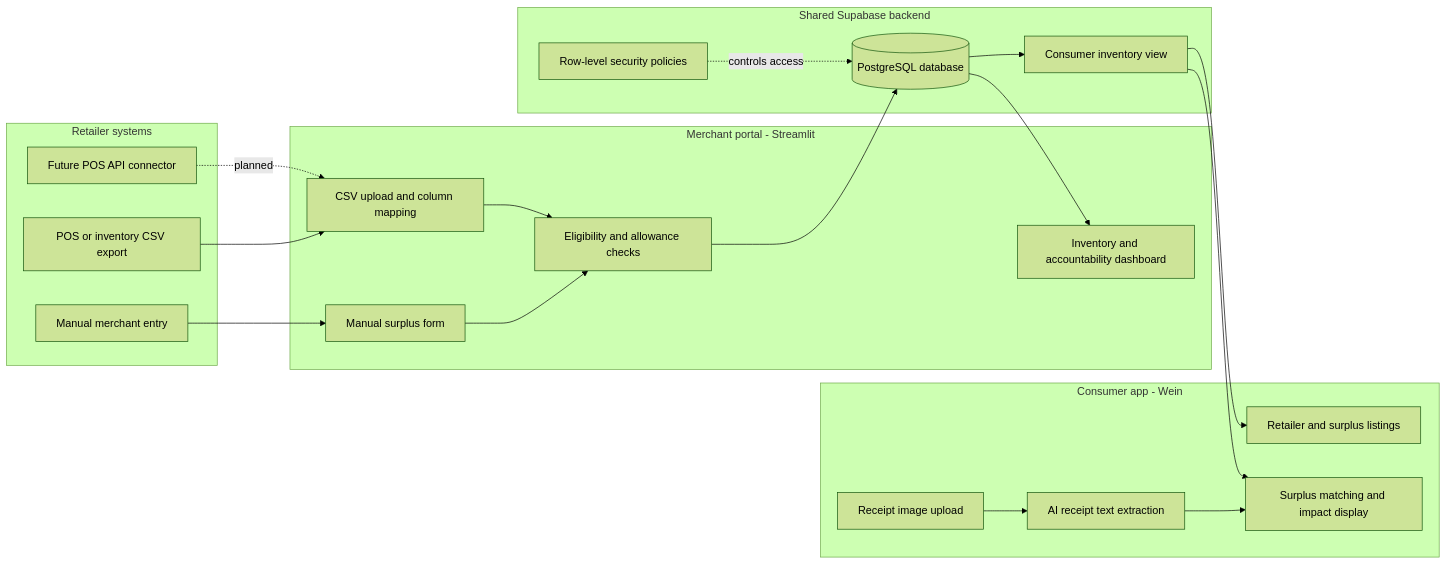
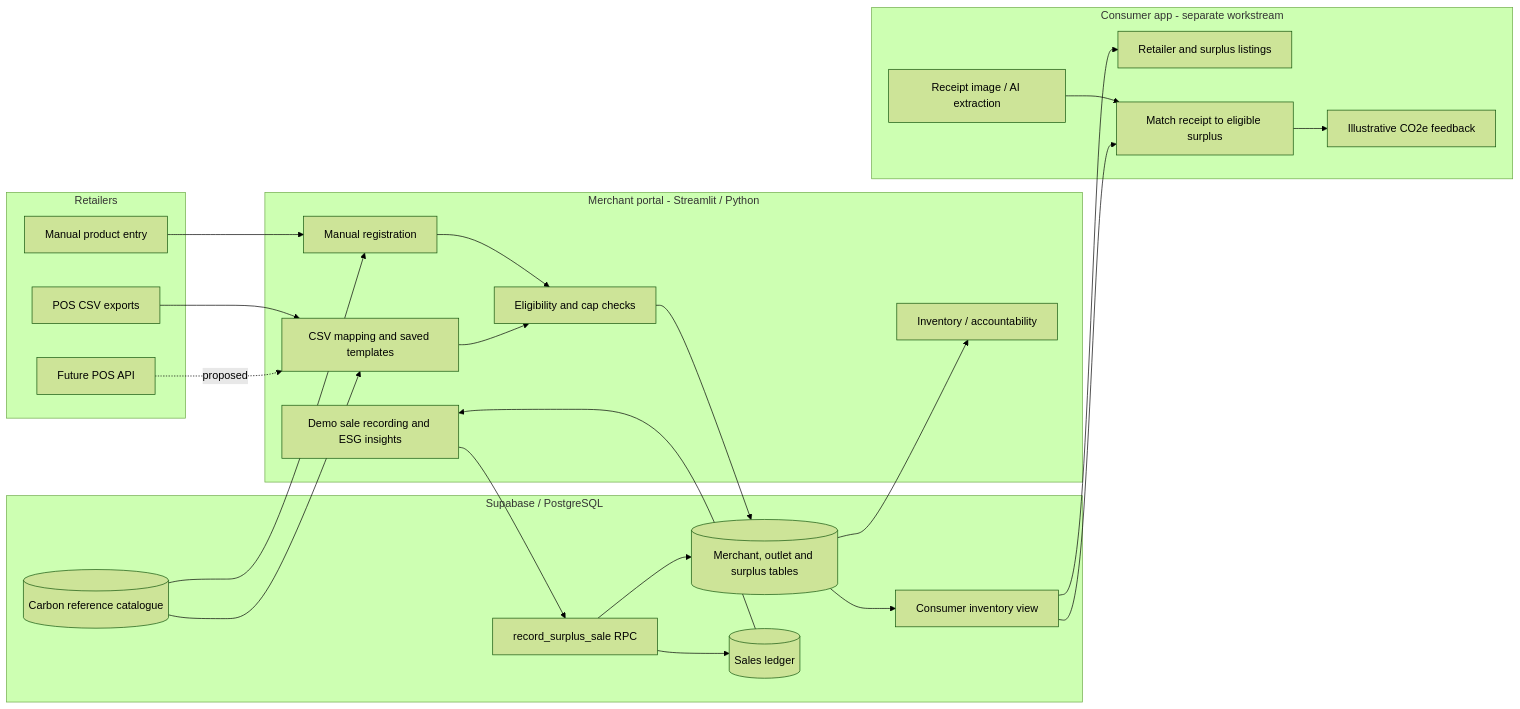
The first of 7 diagrams in PROJECT_DOCUMENTATION.md (JonelleTWQ/circular-quest-merchant), drawn with Mermaid (forest theme) before and after one commit. The commit also changed other lines of this file, not shown here.

````diff
--- a/PROJECT_DOCUMENTATION.md
+++ b/PROJECT_DOCUMENTATION.md
@@ -35,37 +26,41 @@
 ```mermaid
 flowchart LR
-    subgraph MerchantSources[Retailer systems]
-        A[Manual merchant entry]
-        B[POS or inventory CSV export]
-        C[Future POS API connector]
-    end
-    subgraph MerchantApp[Merchant portal - Streamlit]
-        D[Manual surplus form]
-        E[CSV upload and column mapping]
-        F[Eligibility and allowance checks]
-        G[Inventory and accountability dashboard]
-    end
-    subgraph Backend[Shared Supabase backend]
-        H[(PostgreSQL database)]
-        I[Consumer inventory view]
-        J[Row-level security policies]
-    end
-    subgraph ConsumerApp[Consumer app - Wein]
-        K[Retailer and surplus listings]
-        L[Receipt image upload]
-        M[AI receipt text extraction]
-        N[Surplus matching and impact display]
-    end
-    A --> D
-    B --> E
-    C -. planned .-> E
-    D --> F
-    E --> F
-    F --> H
-    H --> G
-    H --> I
-    J -. controls access .-> H
-    I --> K
-    L --> M --> N
-    I --> N
+  subgraph R[Retailers]
+    R1[Manual product entry]
+    R2[POS CSV exports]
+    R3[Future POS API]
+  end
+  subgraph M[Merchant portal - Streamlit / Python]
+    M1[Manual registration]
+    M2[CSV mapping and saved templates]
+    M3[Eligibility and cap checks]
+    M4[Inventory / accountability]
+    M5[Demo sale recording and ESG insights]
+  end
+  subgraph S[Supabase / PostgreSQL]
+    S1[(Merchant, outlet and surplus tables)]
+    S2[(Carbon reference catalogue)]
+    S3[(Sales ledger)]
+    S4[Consumer inventory view]
+    S5[record_surplus_sale RPC]
+  end
+  subgraph C[Consumer app - separate workstream]
+    C1[Retailer and surplus listings]
+    C2[Receipt image / AI extraction]
+    C3[Match receipt to eligible surplus]
+    C4[Illustrative CO2e feedback]
+  end
+  R1 --> M1 --> M3
+  R2 --> M2 --> M3
+  R3 -. proposed .-> M2
+  M3 --> S1
+  S1 --> M4
+  S1 --> S4 --> C1
+  C2 --> C3
+  S4 --> C3 --> C4
+  S2 --> M1
+  S2 --> M2
+  M5 --> S5 --> S3
+  S5 --> S1
+  S3 --> M5
 ```
````
